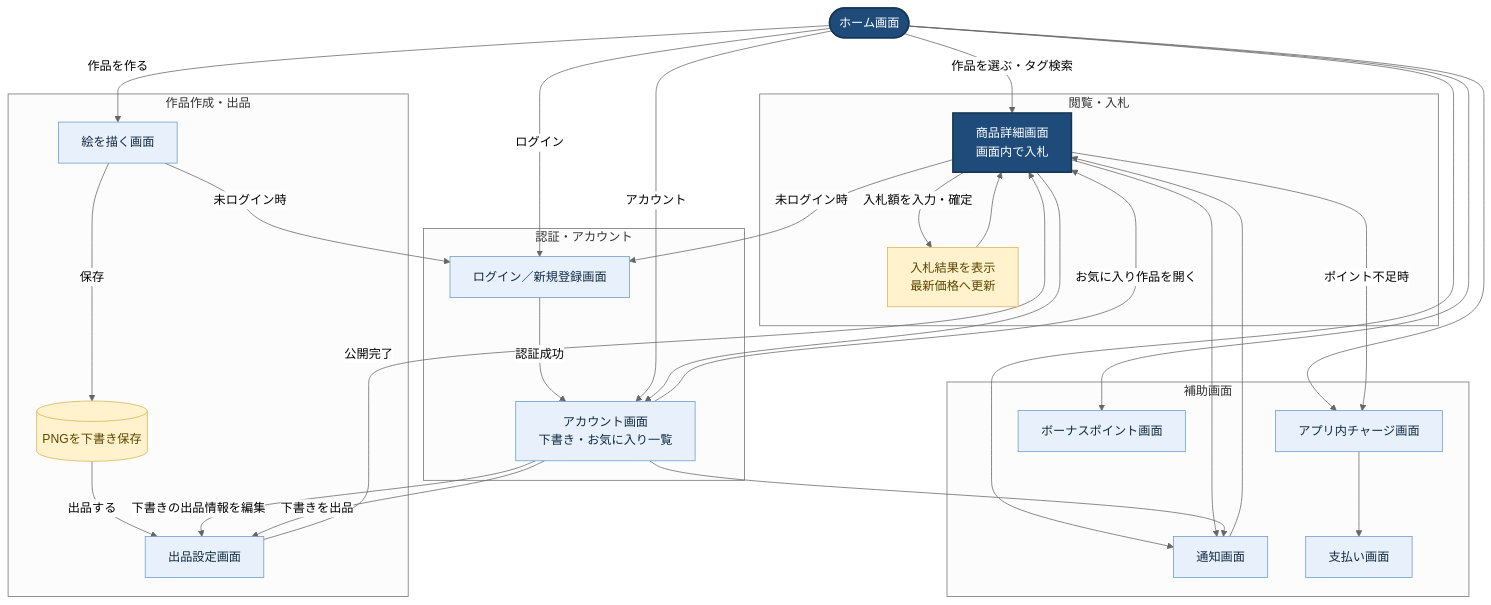
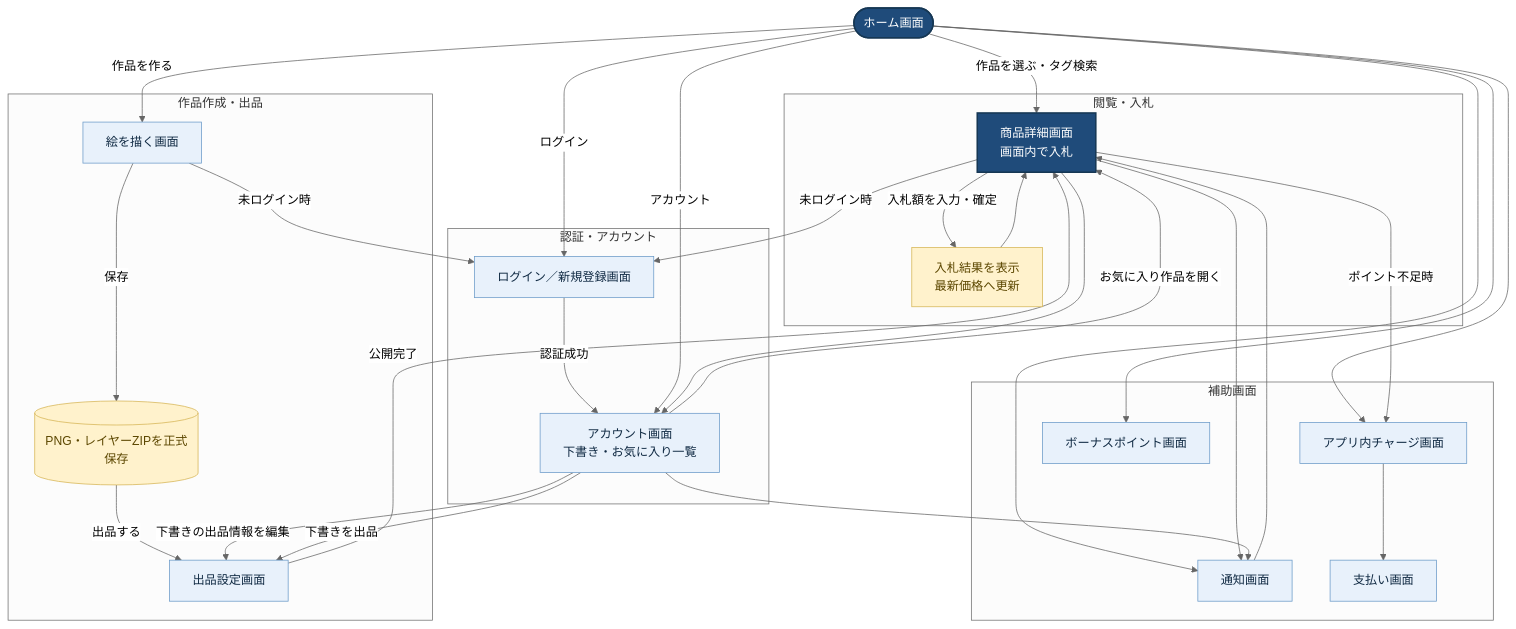
Before and after one commit to terrible0901/Hal-Hew-2026-teams: the first of 4 diagrams in 設計・要件/画面遷移図.md, drawn with Mermaid (neutral theme). The commit also changed other lines of this file and 9 other files, not shown here.

````diff
--- a/設計・要件/画面遷移図.md
+++ b/設計・要件/画面遷移図.md
@@ -5,59 +7,59 @@
 ```mermaid
 flowchart TB
     home([ホーム画面])
 
     subgraph browse[閲覧・入札]
         detail[商品詳細画面<br/>画面内で入札]
         bid_ok[入札結果を表示<br/>最新価格へ更新]
         detail -->|入札額を入力・確定| bid_ok --> detail
     end
 
     subgraph create[作品作成・出品]
         draw[絵を描く画面]
-        draft[(PNGを下書き保存)]
+        draft[(PNG・レイヤーZIPを正式保存)]
         listing[出品設定画面]
         draw -->|保存| draft
         draft -->|出品する| listing
         listing -->|公開完了| detail
     end
 
     subgraph member[認証・アカウント]
         login[ログイン／新規登録画面]
         account[アカウント画面<br/>下書き・お気に入り一覧]
         login -->|認証成功| account
         account -->|下書きの出品情報を編集| listing
         account -->|下書きを出品| listing
         account -->|お気に入り作品を開く| detail
     end
 
     subgraph support[補助画面]
         notice[通知画面]
         charge[アプリ内チャージ画面]
         payment[支払い画面]
         bonus[ボーナスポイント画面]
         charge --> payment
     end
 
     home -->|作品を選ぶ・タグ検索| detail
     home -->|作品を作る| draw
     home -->|ログイン| login
     home -->|アカウント| account
     home --> notice
     home --> charge
     home --> bonus
 
     detail -->|未ログイン時| login
     detail -->|ポイント不足時| charge
     detail --> notice
     detail --> account
     draw -->|未ログイン時| login
     notice --> detail
     account --> notice
 
     classDef primary fill:#1f4b7a,color:#fff,stroke:#163754,stroke-width:2px
     classDef process fill:#e8f1fb,color:#102a43,stroke:#6c9bc9
     classDef state fill:#fff2cc,color:#5c4700,stroke:#d6b656
     class home,detail primary
     class draw,listing,login,account,notice,charge,payment,bonus process
     class draft,bid_ok state
 ```
````
